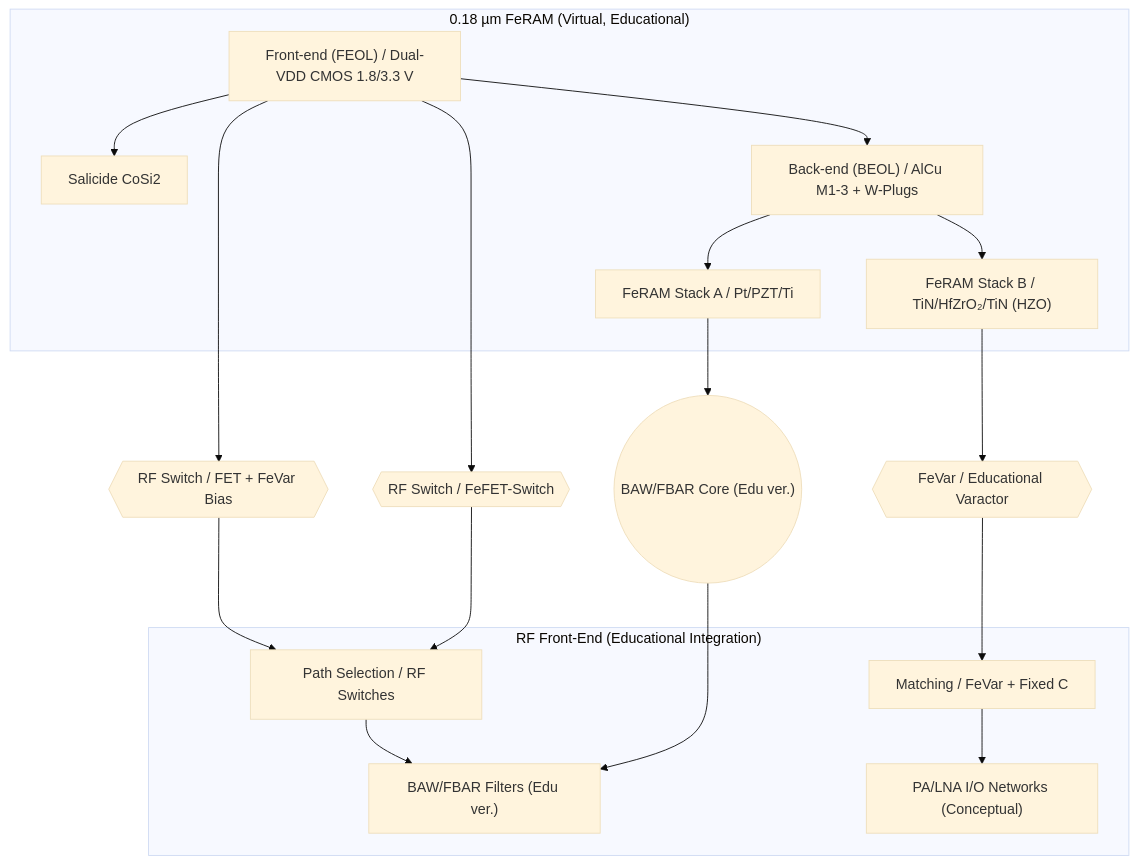
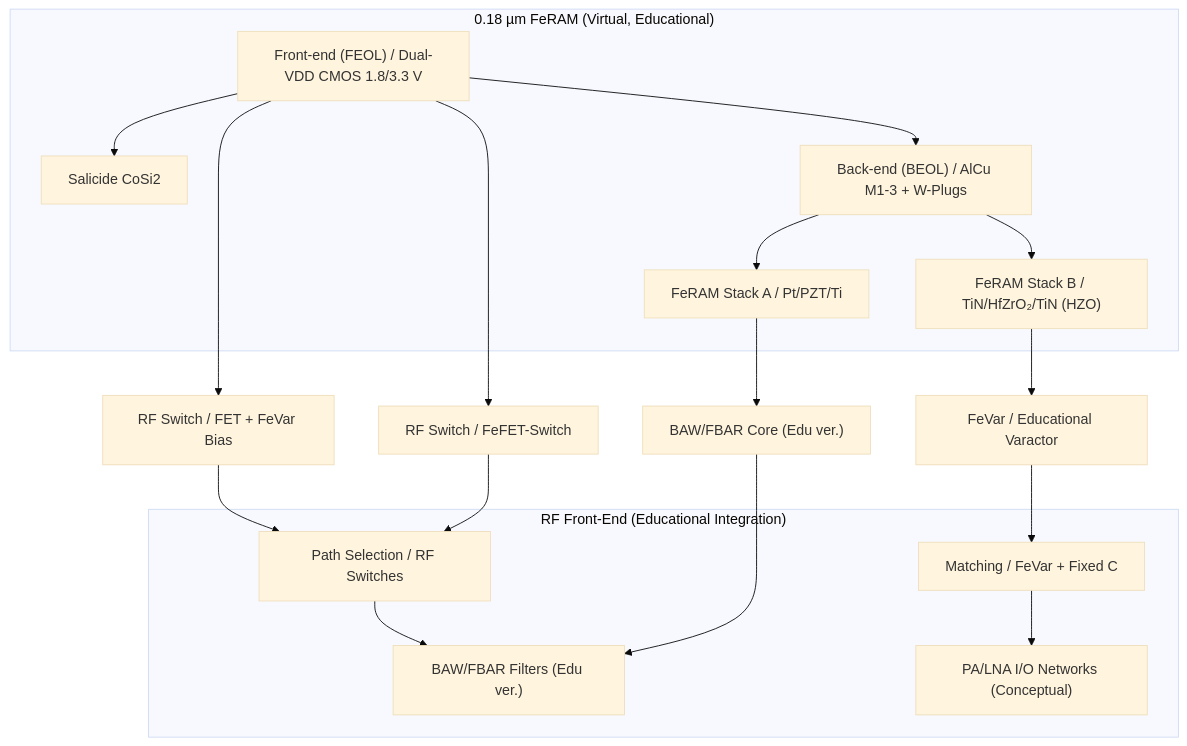
The first of 2 diagrams in applied-devices/rf-devices/proposal.md (Samizo-AITL/Edusemi-Plus), drawn with Mermaid (base theme) before and after one commit.

````diff
--- a/applied-devices/rf-devices/proposal.md
+++ b/applied-devices/rf-devices/proposal.md
@@ -39,28 +39,28 @@
 ```mermaid
 flowchart TB
   subgraph FE["0.18 µm FeRAM (Virtual, Educational)"]
     GATE["Front-end (FEOL) / Dual-VDD CMOS 1.8/3.3 V"] --> SALI["Salicide CoSi2"]
     BEOL["Back-end (BEOL) / AlCu M1-3 + W-Plugs"]
     CAP1["FeRAM Stack A / Pt/PZT/Ti"]
     CAP2["FeRAM Stack B / TiN/HfZrO₂/TiN (HZO)"]
     GATE --> BEOL --> CAP1
     BEOL --> CAP2
   end
 
-  CAP2 --> FeVar{{"FeVar / Educational Varactor"}}
-  GATE --> RFSW1{{"RF Switch / FET + FeVar Bias"}}
-  GATE --> RFSW2{{"RF Switch / FeFET-Switch"}}
-  CAP1 --> BAW(("BAW/FBAR Core (Edu ver.)"))
+  CAP2 --> FeVar["FeVar / Educational Varactor"]
+  GATE --> RFSW1["RF Switch / FET + FeVar Bias"]
+  GATE --> RFSW2["RF Switch / FeFET-Switch"]
+  CAP1 --> BAW["BAW/FBAR Core (Edu ver.)"]
 
   subgraph RF["RF Front-End (Educational Integration)"]
     MATCH["Matching / FeVar + Fixed C"]
     PATHSEL["Path Selection / RF Switches"]
     FILTER["BAW/FBAR Filters (Edu ver.)"]
     LNA["PA/LNA I/O Networks (Conceptual)"]
   end
 
   FeVar --> MATCH --> LNA
   RFSW1 --> PATHSEL --> FILTER
   RFSW2 --> PATHSEL
   BAW --> FILTER
 ```
````
